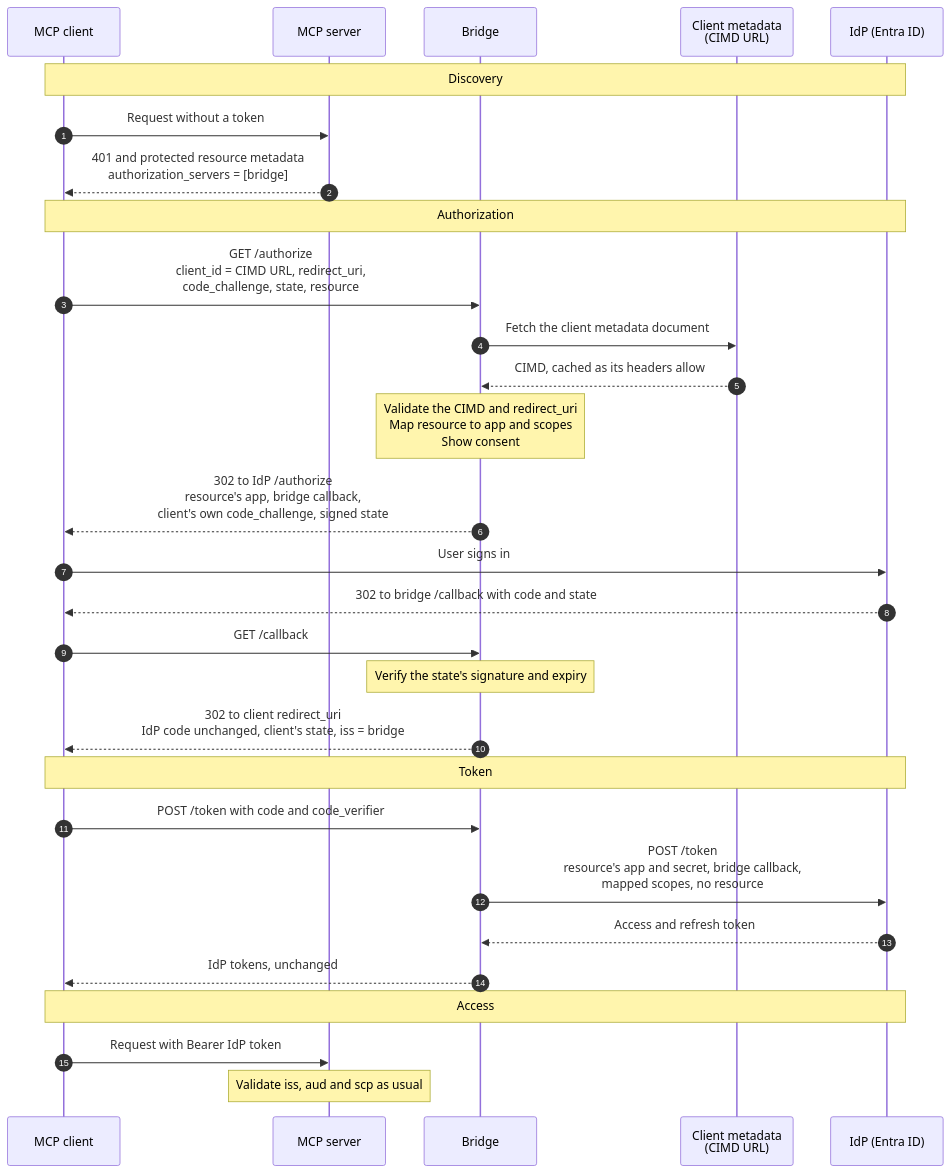
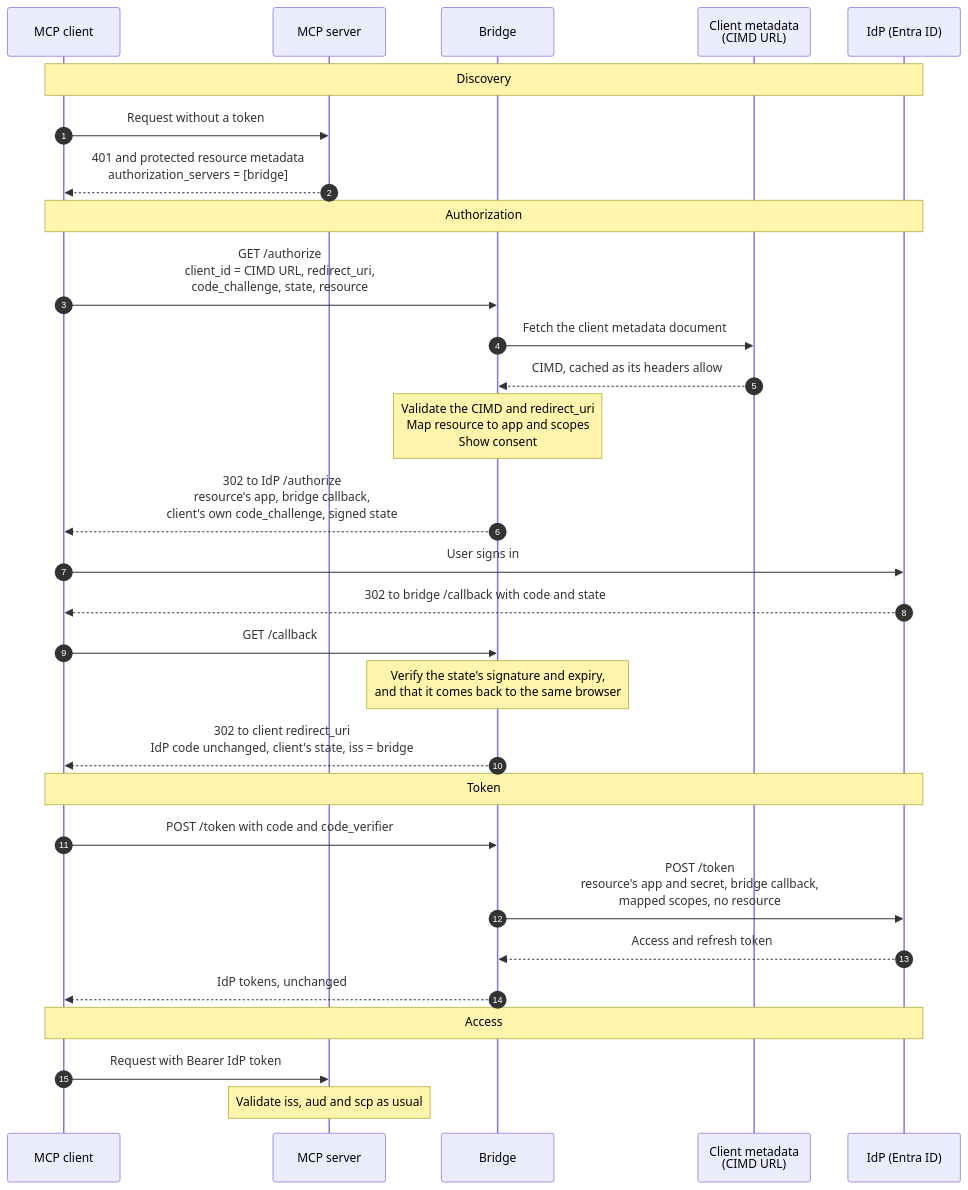
One commit to natrontech/entra-cimd-bridge changed the diagram in README.md. Above: the diagram before and after it, drawn with Mermaid. The commit also changed other lines of this file and 3 other files, not shown here.

````diff
--- a/README.md
+++ b/README.md
@@ -9,35 +9,35 @@
 ```mermaid
 sequenceDiagram
     autonumber
     participant C as MCP client
     participant S as MCP server
     participant B as Bridge
     participant M as Client metadata<br/>(CIMD URL)
     participant I as IdP (Entra ID)
 
     Note over C,I: Discovery
     C->>S: Request without a token
     S-->>C: 401 and protected resource metadata<br/>authorization_servers = [bridge]
 
     Note over C,I: Authorization
     C->>B: GET /authorize<br/>client_id = CIMD URL, redirect_uri,<br/>code_challenge, state, resource
     B->>M: Fetch the client metadata document
     M-->>B: CIMD, cached as its headers allow
     Note over B: Validate the CIMD and redirect_uri<br/>Map resource to app and scopes<br/>Show consent
     B-->>C: 302 to IdP /authorize<br/>resource's app, bridge callback,<br/>client's own code_challenge, signed state
     C->>I: User signs in
     I-->>C: 302 to bridge /callback with code and state
     C->>B: GET /callback
-    Note over B: Verify the state's signature and expiry
+    Note over B: Verify the state's signature and expiry,<br/>and that it comes back to the same browser
     B-->>C: 302 to client redirect_uri<br/>IdP code unchanged, client's state, iss = bridge
 
     Note over C,I: Token
     C->>B: POST /token with code and code_verifier
     B->>I: POST /token<br/>resource's app and secret, bridge callback,<br/>mapped scopes, no resource
     I-->>B: Access and refresh token
     B-->>C: IdP tokens, unchanged
 
     Note over C,I: Access
     C->>S: Request with Bearer IdP token
     Note over S: Validate iss, aud and scp as usual
 ```
````
